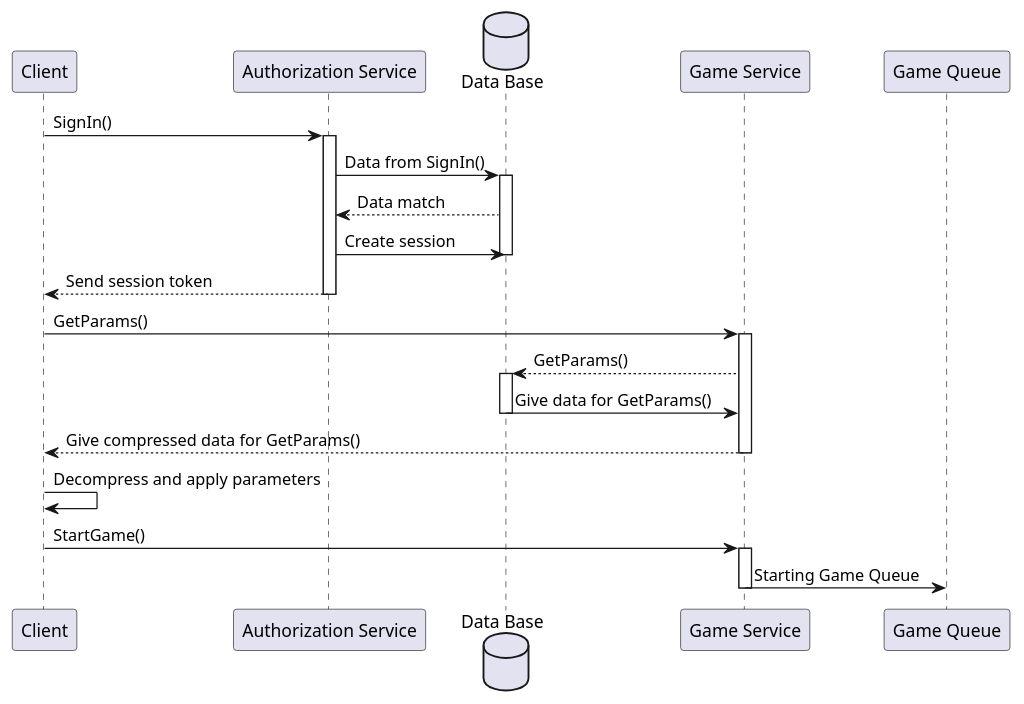
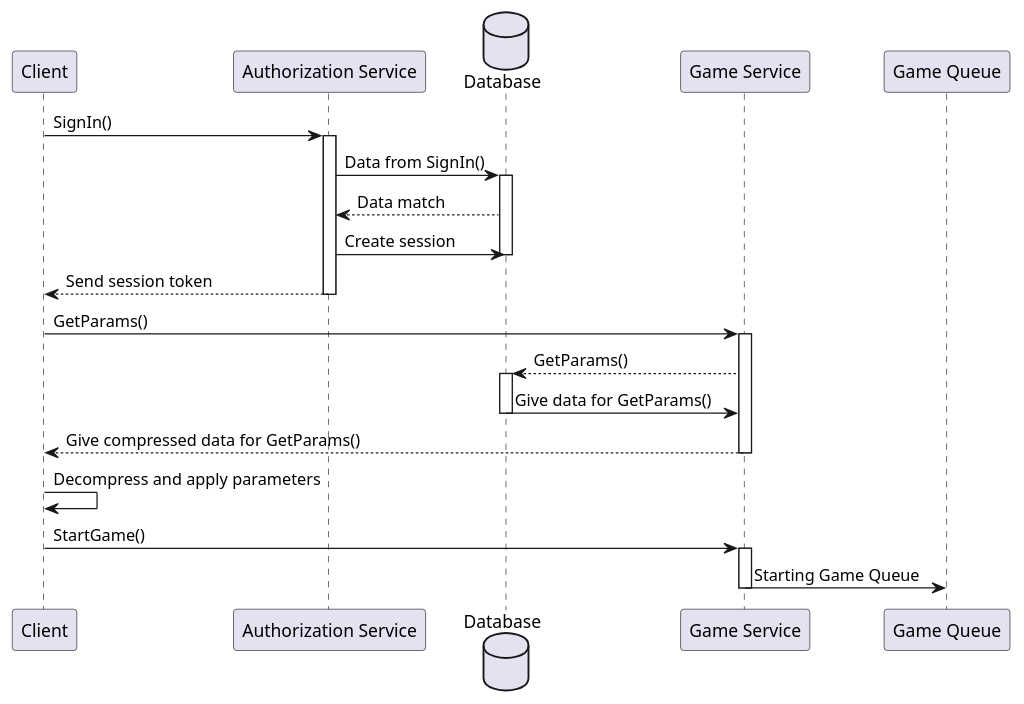
Before and after one commit to ArayomiRagiko/saber-test: the diagram in docs/diagrams/src/task-1-auth-scheme-1.puml, drawn with PlantUML. The commit also changed 8 other files, not shown here.

```diff
--- a/docs/diagrams/src/task-1-auth-scheme-1.puml
+++ b/docs/diagrams/src/task-1-auth-scheme-1.puml
@@ -1,30 +1,30 @@
 @startuml auth-scheme
 participant client as "Client"
 participant "Authorization Service" as authservice
-database "Data Base" as database
+database "Database" as database
 participant "Game Service" as gameservice
 participant "Game Queue" as gamequeue
 
 client -> authservice: SignIn()
 activate authservice
 authservice -> database: Data from SignIn()
 activate database
 database --> authservice: Data match
 authservice -> database: Create session
 deactivate database
 authservice --> client: Send session token
 deactivate authservice
 client -> gameservice: GetParams()
 activate gameservice
 gameservice --> database: GetParams()
 activate database
 database -> gameservice: Give data for GetParams()
 deactivate database
 gameservice --> client: Give compressed data for GetParams()
 deactivate gameservice
 client -> client: Decompress and apply parameters
 client -> gameservice: StartGame()
 activate gameservice
 gameservice -> gamequeue: Starting Game Queue
 deactivate gameservice
 @enduml
```
